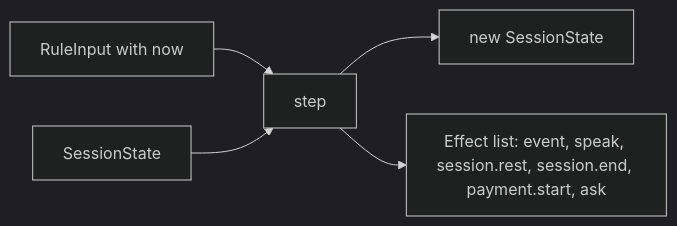
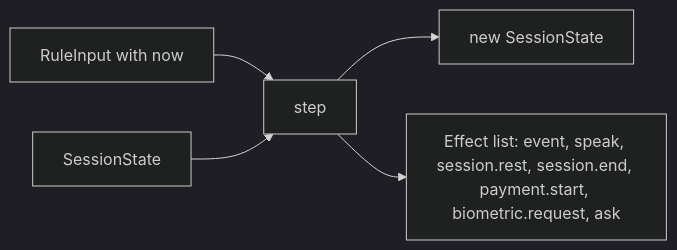
The third of 7 diagrams in apps/server/README.md (mrBymax/glance), drawn with Mermaid (dark theme) before and after one commit. The commit also changed other lines of this file and 17 other files, not shown here.

Commit message:
feat(server): ask for a fingerprint before a payment above 50 EUR

````diff
--- a/apps/server/README.md
+++ b/apps/server/README.md
@@ -363,7 +363,7 @@
 ```mermaid
 flowchart LR
   input["RuleInput with now"] --> step
   state["SessionState"] --> step
   step --> next["new SessionState"]
-  step --> effects["Effect list: event, speak, session.rest, session.end, payment.start, ask"]
+  step --> effects["Effect list: event, speak, session.rest, session.end, payment.start, biometric.request, ask"]
 ```
````
